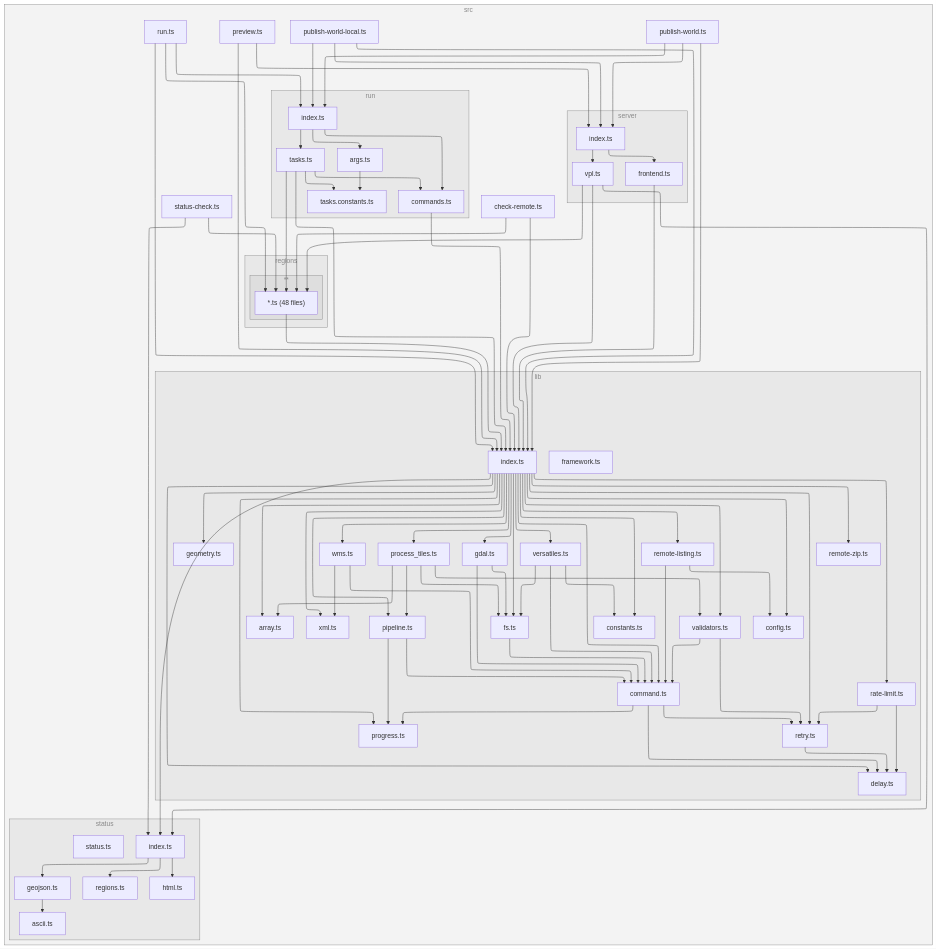
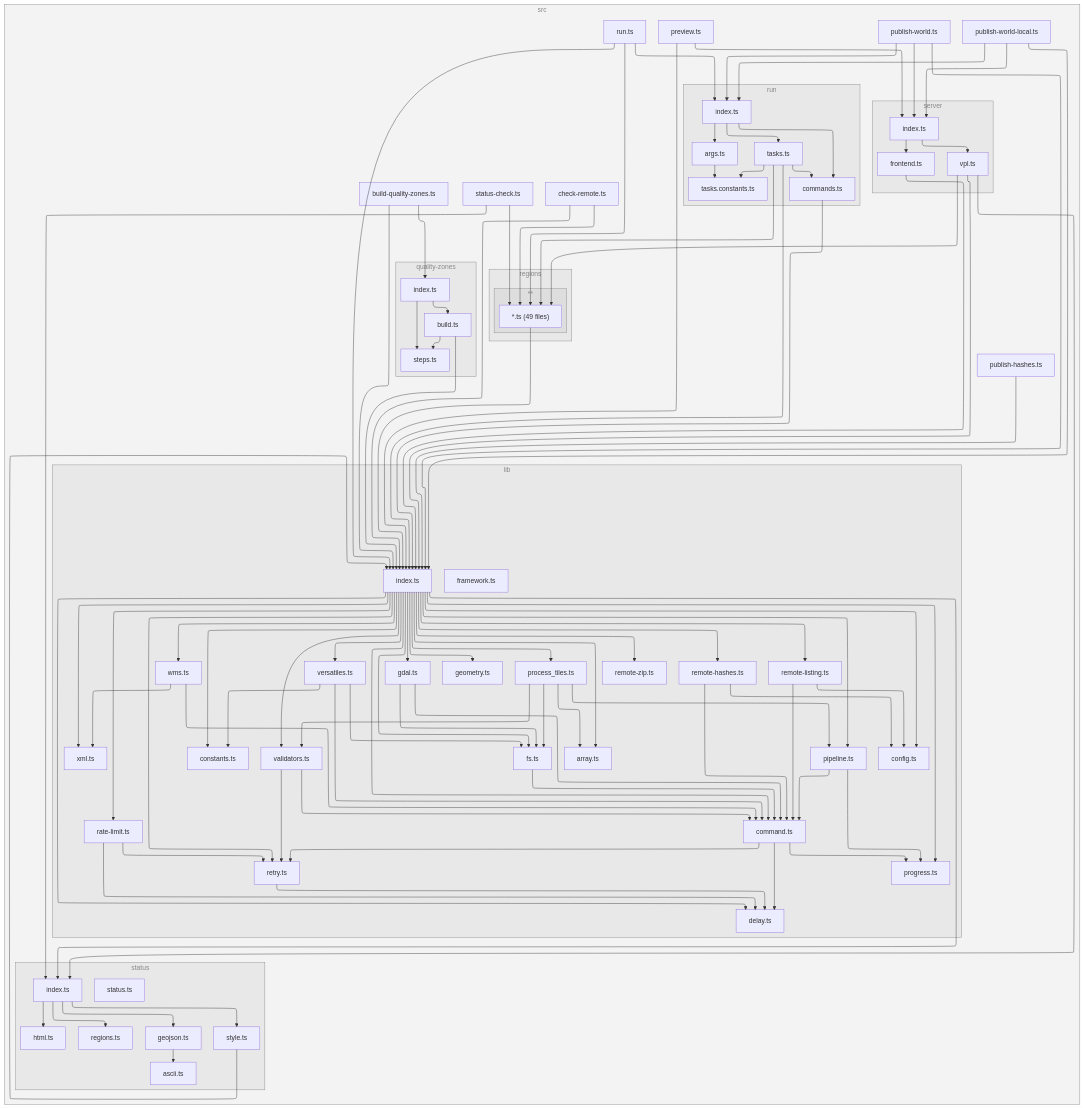
Before and after one commit to versatiles-org/orthophotos: the diagram in README.md, drawn with Mermaid. The commit also changed 8 other files, not shown here.

Commit message:
feat: add quality-zones GeoJSON build for adaptive tile quality

````diff
--- a/README.md
+++ b/README.md
@@ -101,29 +101,30 @@
 flowchart TB
 
 subgraph 0["src"]
-1["check-remote.ts"]
+1["build-quality-zones.ts"]
 subgraph 2["lib"]
 3["index.ts"]
-A["array.ts"]
-B["command.ts"]
-C["delay.ts"]
-D["progress.ts"]
-E["retry.ts"]
-F["config.ts"]
-G["constants.ts"]
-H["fs.ts"]
-I["gdal.ts"]
-J["geometry.ts"]
-K["pipeline.ts"]
-L["process_tiles.ts"]
-M["validators.ts"]
-N["rate-limit.ts"]
-O["remote-listing.ts"]
-P["remote-zip.ts"]
-Q["versatiles.ts"]
-R["wms.ts"]
-S["xml.ts"]
-W["framework.ts"]
+B["array.ts"]
+C["command.ts"]
+D["delay.ts"]
+E["progress.ts"]
+F["retry.ts"]
+G["config.ts"]
+H["constants.ts"]
+I["fs.ts"]
+J["gdal.ts"]
+K["geometry.ts"]
+L["pipeline.ts"]
+M["process_tiles.ts"]
+N["validators.ts"]
+O["rate-limit.ts"]
+P["remote-hashes.ts"]
+Q["remote-listing.ts"]
+R["remote-zip.ts"]
+S["versatiles.ts"]
+T["wms.ts"]
+U["xml.ts"]
+13["framework.ts"]
 end
 subgraph 4["status"]
 5["index.ts"]
@@ -131,111 +132,131 @@
 7["ascii.ts"]
 8["html.ts"]
 9["regions.ts"]
-1C["status.ts"]
+A["style.ts"]
+1K["status.ts"]
 end
-subgraph T["regions"]
-subgraph U["**"]
-V["*.ts (48 files)"]
+subgraph V["quality-zones"]
+W["index.ts"]
+X["build.ts"]
+Y["steps.ts"]
+end
+Z["check-remote.ts"]
+subgraph 10["regions"]
+subgraph 11["**"]
+12["*.ts (49 files)"]
 end
 end
-X["preview.ts"]
-subgraph Y["server"]
-Z["index.ts"]
-10["frontend.ts"]
-11["vpl.ts"]
+14["preview.ts"]
+subgraph 15["server"]
+16["index.ts"]
+17["frontend.ts"]
+18["vpl.ts"]
 end
-12["publish-world-local.ts"]
-subgraph 13["run"]
-14["index.ts"]
-15["args.ts"]
-16["tasks.constants.ts"]
-17["commands.ts"]
-18["tasks.ts"]
+19["publish-hashes.ts"]
+1A["publish-world-local.ts"]
+subgraph 1B["run"]
+1C["index.ts"]
+1D["args.ts"]
+1E["tasks.constants.ts"]
+1F["commands.ts"]
+1G["tasks.ts"]
 end
-19["publish-world.ts"]
-1A["run.ts"]
-1B["status-check.ts"]
+1H["publish-world.ts"]
+1I["run.ts"]
+1J["status-check.ts"]
 end
 1-->3
-1-->V
+1-->W
 3-->5
-3-->A
 3-->B
-3-->F
+3-->C
 3-->G
-3-->C
 3-->H
+3-->D
 3-->I
 3-->J
 3-->K
 3-->L
-3-->D
-3-->N
+3-->M
+3-->E
 3-->O
 3-->P
-3-->E
-3-->M
 3-->Q
 3-->R
+3-->F
+3-->N
 3-->S
+3-->T
+3-->U
 5-->6
 5-->8
 5-->9
+5-->A
 6-->7
-B-->C
-B-->D
-B-->E
-E-->C
-H-->B
-I-->B
-I-->H
-K-->B
-K-->D
-L-->A
-L-->H
-L-->K
-L-->M
+A-->3
+C-->D
+C-->E
+C-->F
+F-->D
+I-->C
+J-->C
+J-->I
+L-->C
+L-->E
 M-->B
-M-->E
+M-->I
+M-->L
+M-->N
 N-->C
-N-->E
-O-->B
+N-->F
+O-->D
 O-->F
-Q-->B
+P-->C
+P-->G
+Q-->C
 Q-->G
-Q-->H
-R-->B
-R-->S
-V-->3
+S-->C
+S-->H
+S-->I
+T-->C
+T-->U
+W-->X
+W-->Y
 X-->3
-X-->Z
-Z-->10
-Z-->11
-10-->3
-11-->3
-11-->V
-11-->5
+X-->Y
+Z-->3
+Z-->12
 12-->3
-12-->14
-12-->Z
-14-->15
-14-->17
-14-->18
-15-->16
+14-->3
+14-->16
+16-->17
+16-->18
 17-->3
 18-->3
-18-->V
-18-->17
-18-->16
+18-->12
+18-->5
 19-->3
-19-->14
-19-->Z
 1A-->3
-1A-->V
-1A-->14
-1B-->V
-1B-->5
+1A-->1C
+1A-->16
+1C-->1D
+1C-->1F
+1C-->1G
+1D-->1E
+1F-->3
+1G-->3
+1G-->12
+1G-->1F
+1G-->1E
+1H-->3
+1H-->1C
+1H-->16
+1I-->3
+1I-->12
+1I-->1C
+1J-->12
+1J-->5
 
-class 0,2,4,T,U,Y,13 subgraphs;
+class 0,2,4,V,10,11,15,1B subgraphs;
 classDef subgraphs fill-opacity:0.1, fill:#888, color:#888, stroke:#888;
 ```
````
